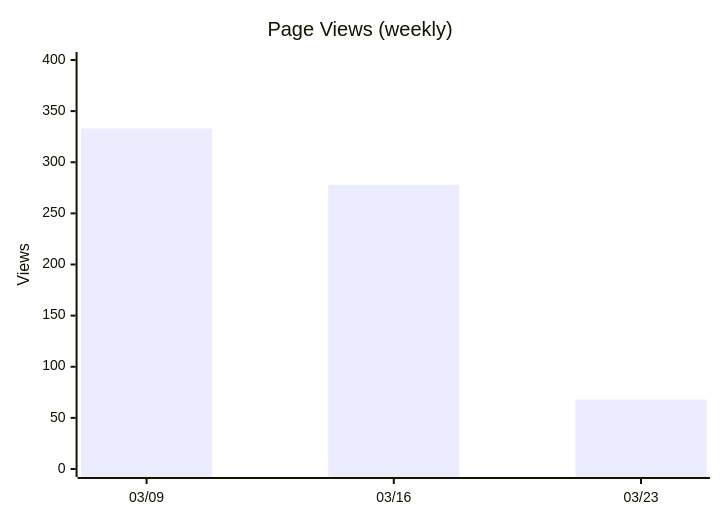
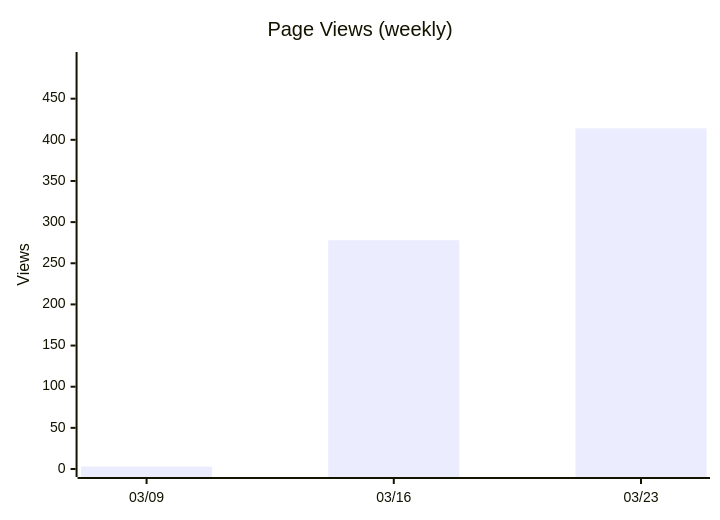
Before and after one commit to nablarch/nabledge-dev: diagram 12 of 14 in docs/metrics.md, drawn with Mermaid. The commit also changed other lines of this file, not shown here.

````diff
--- a/docs/metrics.md
+++ b/docs/metrics.md
@@ -153,7 +153,7 @@
 ```mermaid
 xychart-beta
   title "Page Views (weekly)"
   x-axis ["03/09", "03/16", "03/23"]
-  y-axis "Views" 0 --> 400
-  bar [333, 278, 68]
+  y-axis "Views" 0 --> 497
+  bar [3, 278, 414]
 ```
````
